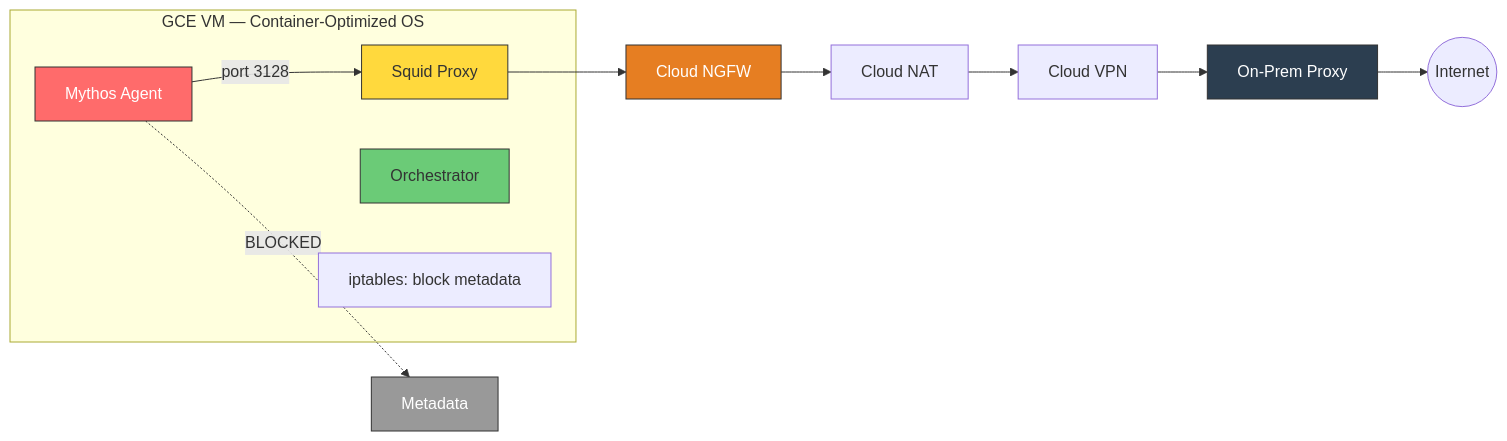
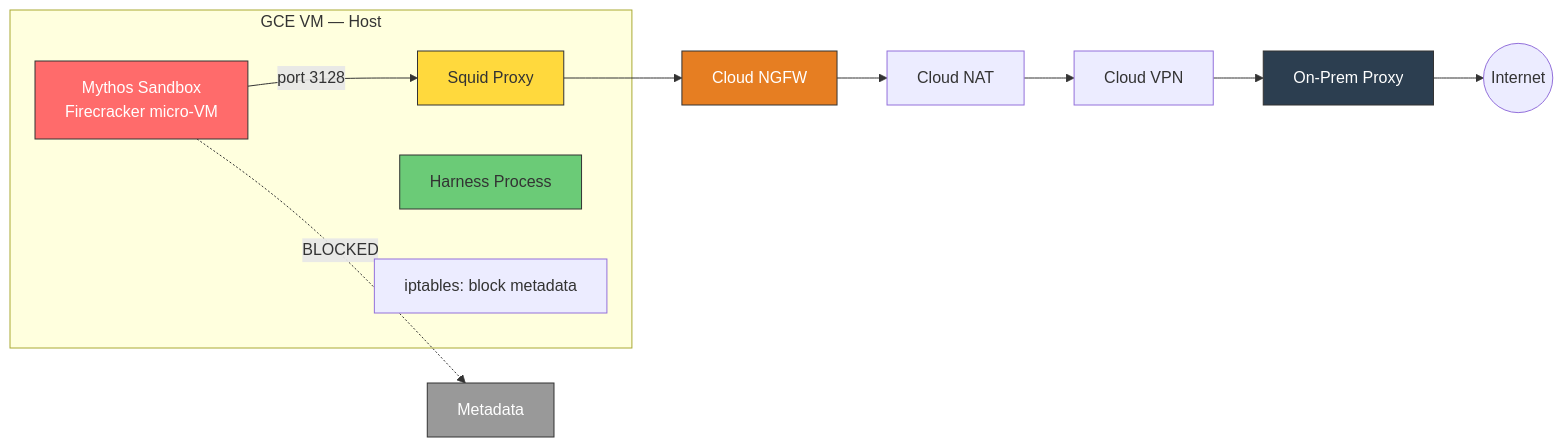
Before and after one commit to prashantkul/anthropic-mythos-on-gcp: the first of 2 diagrams in options/gce-docker.md, drawn with Mermaid. The commit also changed other lines of this file and 4 other files, not shown here.

First line of the commit message:
Upgrade Ring 1 from gVisor to Firecracker/Kata micro-VMs

````diff
--- a/options/gce-docker.md
+++ b/options/gce-docker.md
@@ -7,23 +7,23 @@
 ```mermaid
 graph LR
-    subgraph "GCE VM — Container-Optimized OS"
-        AGENT[Mythos Agent] -->|port 3128| PROXY[Squid Proxy]
-        ORCH[Orchestrator]
+    subgraph "GCE VM — Host"
+        AGENT[Mythos Sandbox\nFirecracker micro-VM] -->|port 3128| PROXY[Squid Proxy]
+        ORCH[Harness Process]
         IPT[iptables: block metadata]
     end
 
     PROXY --> NGFW[Cloud NGFW]
     NGFW --> NAT[Cloud NAT]
     NAT --> VPN[Cloud VPN]
     VPN --> ONPREM[On-Prem Proxy]
     ONPREM --> EXT((Internet))
 
     AGENT -.->|BLOCKED| META[Metadata]
 
     style AGENT fill:#ff6b6b,stroke:#333,color:#fff
     style PROXY fill:#ffd93d,stroke:#333
     style ORCH fill:#6bcb77,stroke:#333
     style NGFW fill:#e67e22,stroke:#333,color:#fff
     style ONPREM fill:#2c3e50,stroke:#333,color:#fff
     style META fill:#999,stroke:#333,color:#fff
 ```
````
